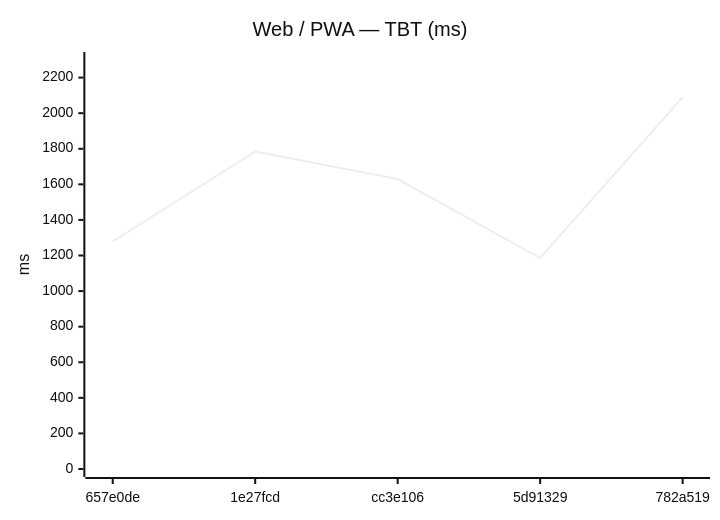
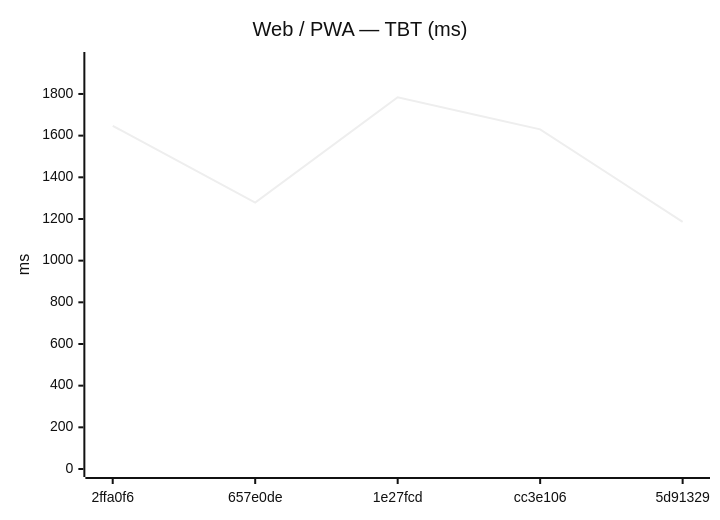
Before and after one commit to Metaheurist/Rianell: the eighth of 18 diagrams in benchmarks/compare.md, drawn with Mermaid (neutral theme). The commit also changed other lines of this file and 11 other files, not shown here.

````diff
--- a/benchmarks/compare.md
+++ b/benchmarks/compare.md
@@ -124,7 +124,7 @@
 ```mermaid
 xychart-beta
     title "Web / PWA — TBT (ms)"
-    x-axis ["657e0de", "1e27fcd", "cc3e106", "5d91329", "782a519"]
-    y-axis "ms" 0 --> 2299
-    line [1279, 1784, 1630, 1186, 2090]
+    x-axis ["2ffa0f6", "657e0de", "1e27fcd", "cc3e106", "5d91329"]
+    y-axis "ms" 0 --> 1963
+    line [1647, 1279, 1784, 1630, 1186]
 ```
````
